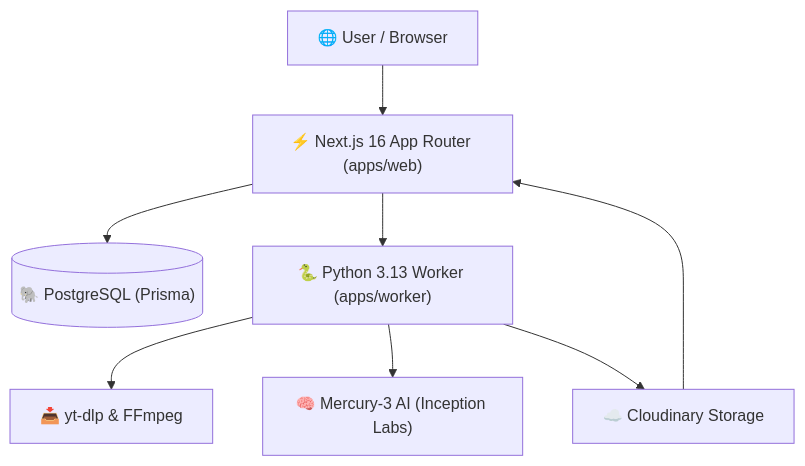
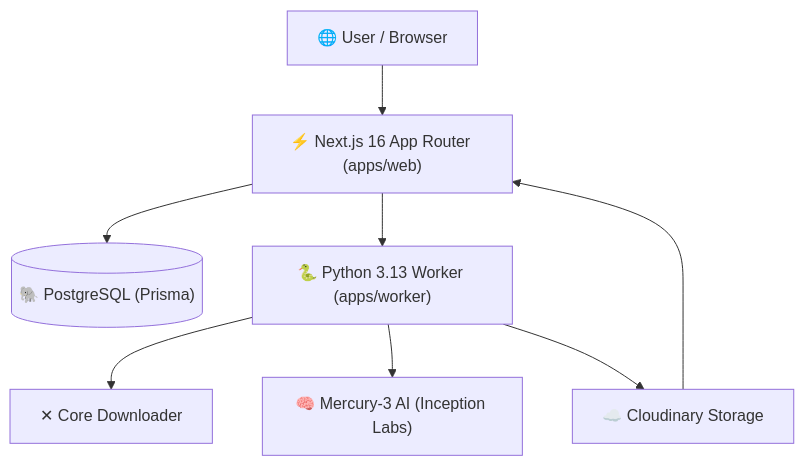
The diagram in README.md (aiankurverma/grab), drawn with Mermaid before and after one commit. The commit also changed other lines of this file, not shown here.

Commit message:
docs: mask downloader engine in README architecture diagram and specs

````diff
--- a/README.md
+++ b/README.md
@@ -30,10 +30,10 @@
 ```mermaid
 flowchart TD
     User["🌐 User / Browser"] --> Web["⚡ Next.js 16 App Router (apps/web)"]
     Web --> DB[("🐘 PostgreSQL (Prisma)")]
     Web --> Worker["🐍 Python 3.13 Worker (apps/worker)"]
-    Worker --> YTDLP["📥 yt-dlp & FFmpeg"]
+    Worker --> YTDLP["✕ Core Downloader"]
     Worker --> Mercury["🧠 Mercury-3 AI (Inception Labs)"]
     Worker --> Cloudinary["☁️ Cloudinary Storage"]
     Cloudinary --> Web
 ```
````
